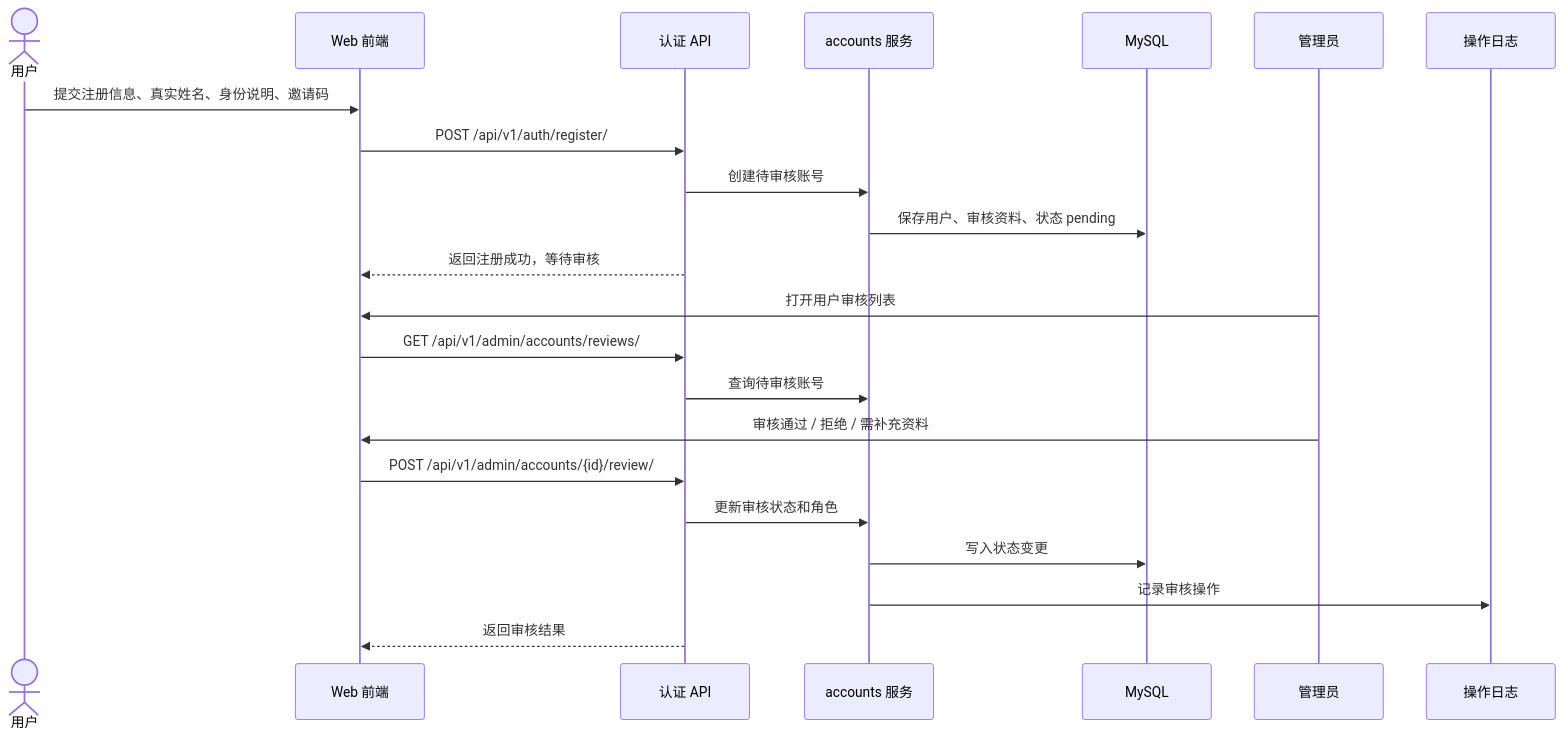
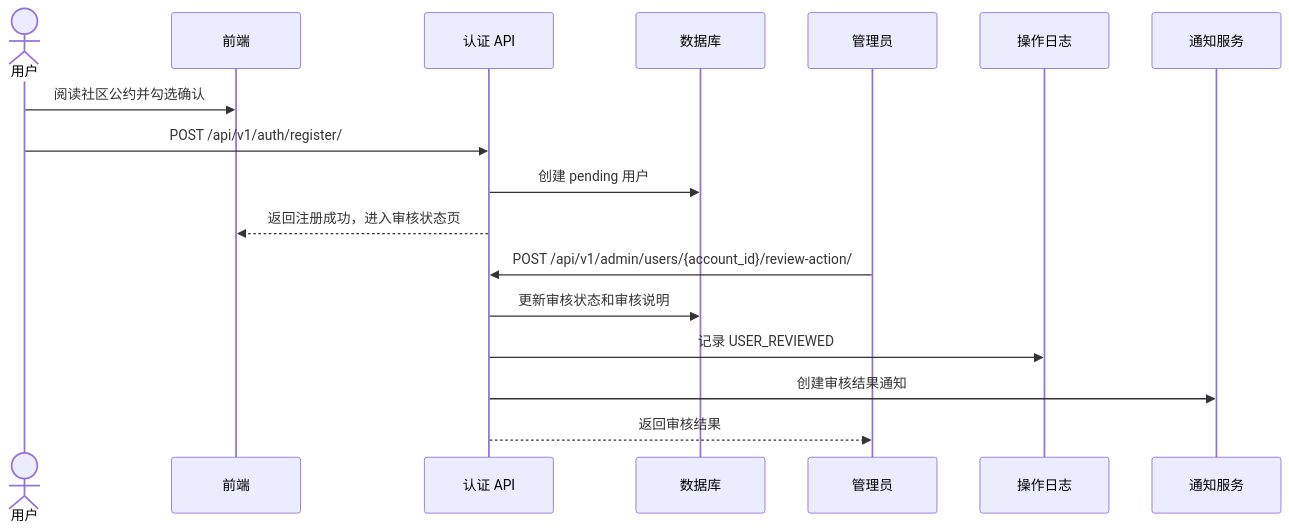
One commit to sharpcj/Tavern changed the second of 3 diagrams in docs/classmate-community-hld.md. Above: the diagram before and after it, drawn with Mermaid. The commit also changed other lines of this file and 5 other files, not shown here.

````diff
--- a/docs/classmate-community-hld.md
+++ b/docs/classmate-community-hld.md
@@ -324,25 +199,20 @@
 ```mermaid
 sequenceDiagram
     actor User as 用户
-    participant FE as Web 前端
+    participant FE as 前端
     participant API as 认证 API
-    participant Account as accounts 服务
-    participant DB as MySQL
+    participant DB as 数据库
     participant Admin as 管理员
     participant Audit as 操作日志
+    participant Notify as 通知服务
 
-    User->>FE: 提交注册信息、真实姓名、身份说明、邀请码
-    FE->>API: POST /api/v1/auth/register/
-    API->>Account: 创建待审核账号
-    Account->>DB: 保存用户、审核资料、状态 pending
-    API-->>FE: 返回注册成功，等待审核
-    Admin->>FE: 打开用户审核列表
-    FE->>API: GET /api/v1/admin/accounts/reviews/
-    API->>Account: 查询待审核账号
-    Admin->>FE: 审核通过 / 拒绝 / 需补充资料
-    FE->>API: POST /api/v1/admin/accounts/{id}/review/
-    API->>Account: 更新审核状态和角色
-    Account->>DB: 写入状态变更
-    Account->>Audit: 记录审核操作
-    API-->>FE: 返回审核结果
+    User->>FE: 阅读社区公约并勾选确认
+    User->>API: POST /api/v1/auth/register/
+    API->>DB: 创建 pending 用户
+    API-->>FE: 返回注册成功，进入审核状态页
+    Admin->>API: POST /api/v1/admin/users/{account_id}/review-action/
+    API->>DB: 更新审核状态和审核说明
+    API->>Audit: 记录 USER_REVIEWED
+    API->>Notify: 创建审核结果通知
+    API-->>Admin: 返回审核结果
 ```
````
